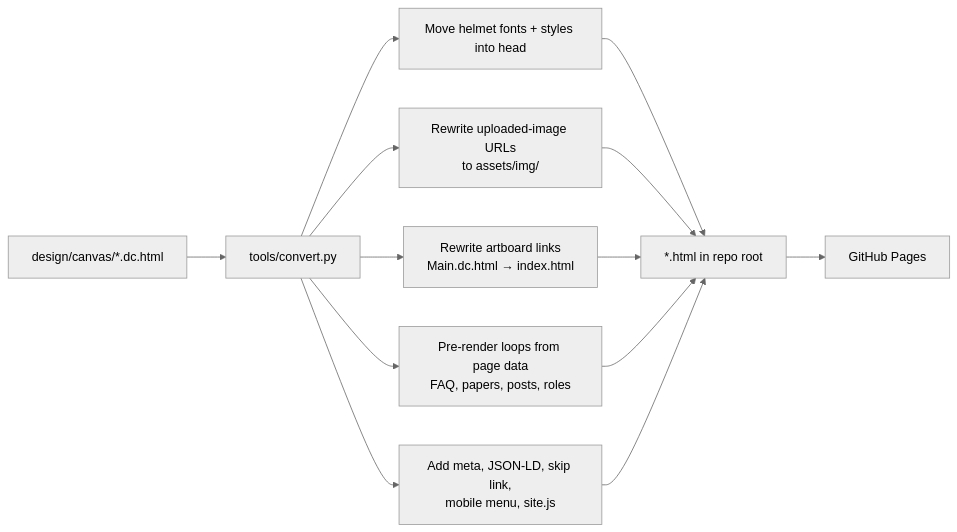
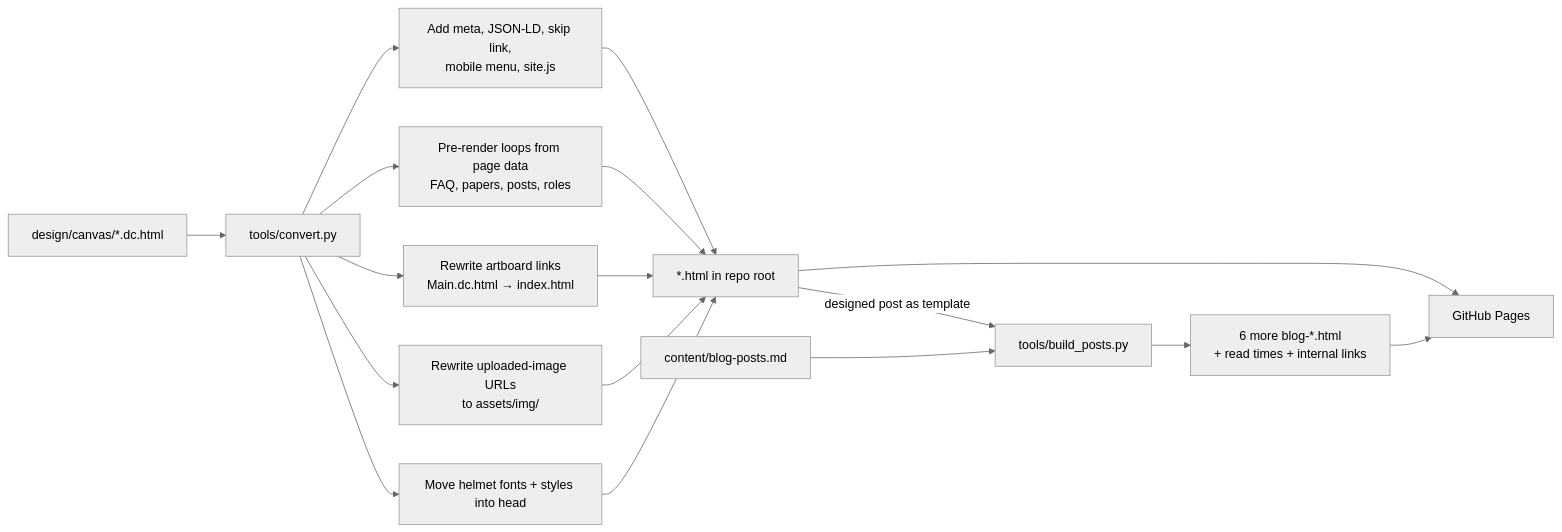
The seventh of 8 diagrams in README.md (CptNope/Alpha-Preclinical), drawn with Mermaid (neutral theme) before and after one commit. The commit also changed other lines of this file and 39 other files, not shown here.

First line of the commit message:
Add full Expertise page and the six remaining blog posts

````diff
--- a/README.md
+++ b/README.md
@@ -290,11 +291,14 @@
 ```mermaid
 flowchart LR
     A["design/canvas/*.dc.html"] --> B["tools/convert.py"]
     B --> C["Move helmet fonts + styles into head"]
     B --> D["Rewrite uploaded-image URLs<br/>to assets/img/"]
     B --> E["Rewrite artboard links<br/>Main.dc.html → index.html"]
     B --> F["Pre-render loops from page data<br/>FAQ, papers, posts, roles"]
     B --> G["Add meta, JSON-LD, skip link,<br/>mobile menu, site.js"]
     C & D & E & F & G --> H["*.html in repo root"]
-    H --> I["GitHub Pages"]
+    MD["content/blog-posts.md"] --> BP["tools/build_posts.py"]
+    H -- "designed post as template" --> BP
+    BP --> H2["6 more blog-*.html<br/>+ read times + internal links"]
+    H & H2 --> I["GitHub Pages"]
 ```
````
